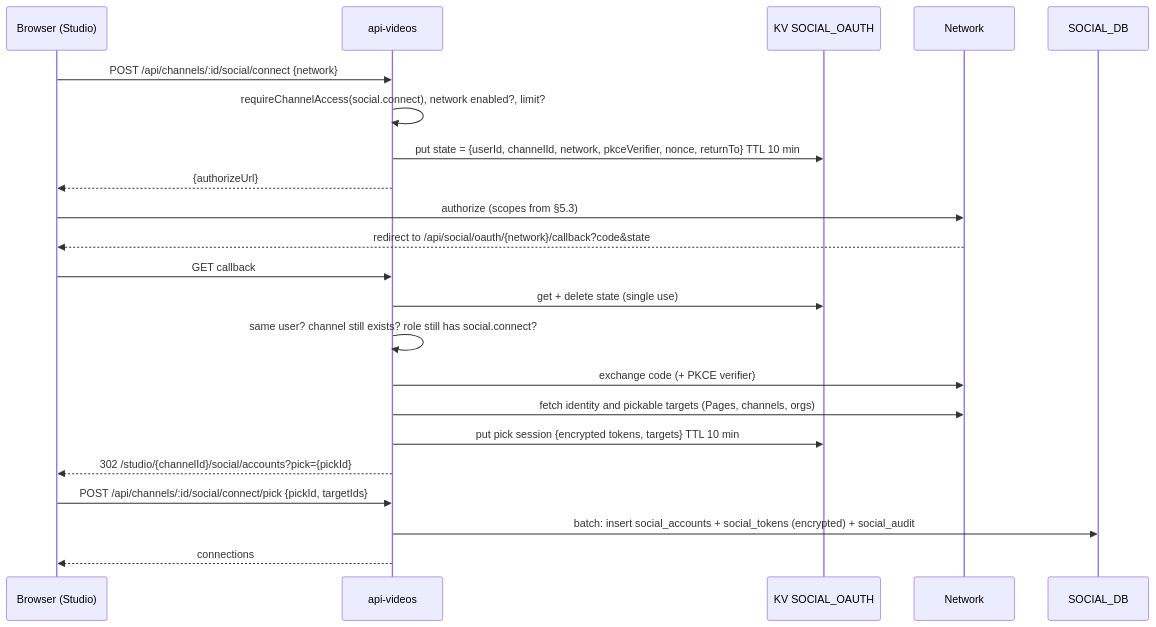
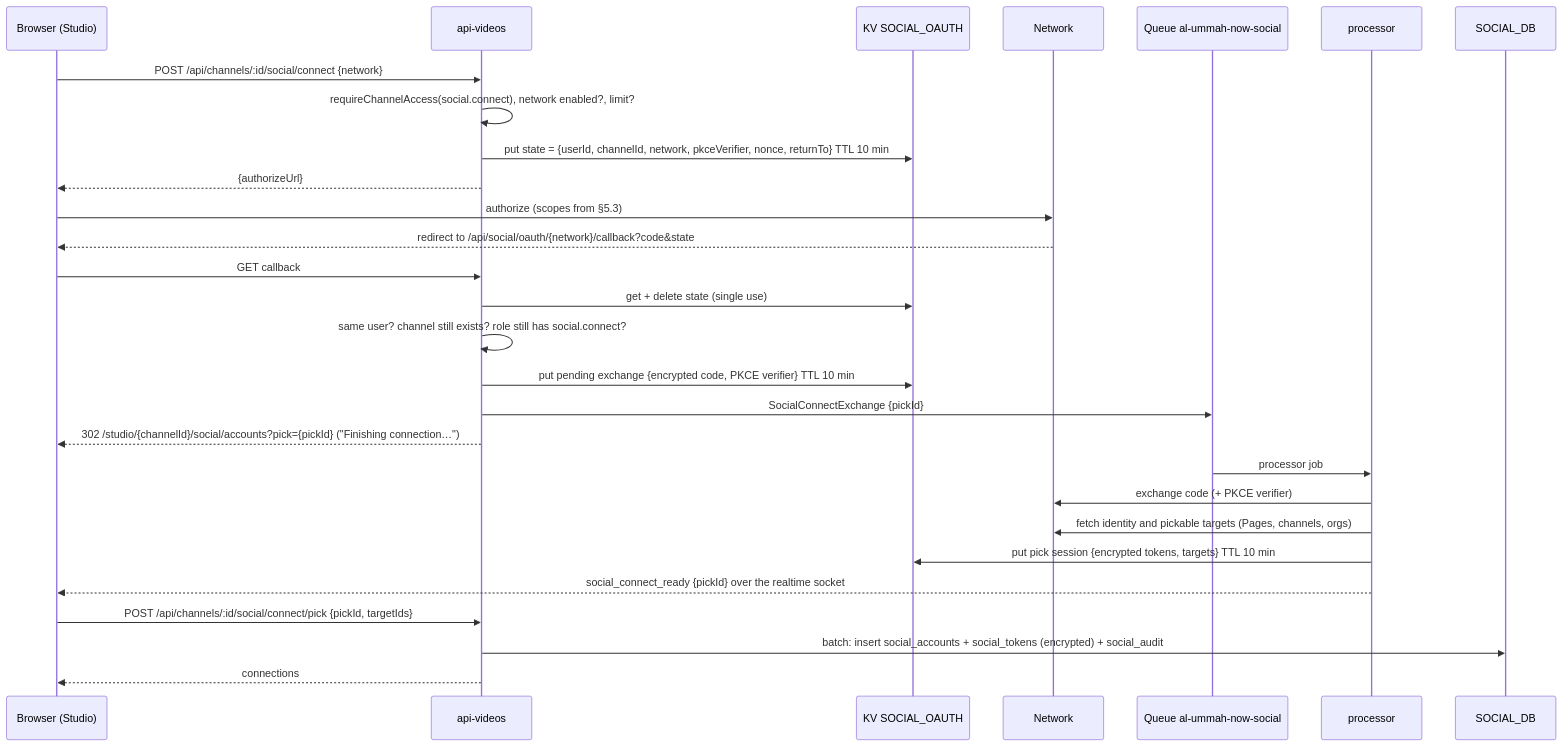
The first of 2 diagrams in docs/specs/social-media-management.md (Al-Ummah-Now/AlUmmahNow), drawn with Mermaid before and after one commit. The commit also changed other lines of this file, not shown here.

First line of the commit message:
docs(specs): every social operation is a queued, retried job that flags admin

````diff
--- a/docs/specs/social-media-management.md
+++ b/docs/specs/social-media-management.md
@@ -232,24 +232,30 @@
 ```mermaid
 sequenceDiagram
   participant B as Browser (Studio)
   participant A as api-videos
   participant K as KV SOCIAL_OAUTH
   participant N as Network
+  participant Q as Queue al-ummah-now-social
+  participant P as processor
   participant D as SOCIAL_DB
   B->>A: POST /api/channels/:id/social/connect {network}
   A->>A: requireChannelAccess(social.connect), network enabled?, limit?
   A->>K: put state = {userId, channelId, network, pkceVerifier, nonce, returnTo} TTL 10 min
   A-->>B: {authorizeUrl}
   B->>N: authorize (scopes from §5.3)
   N-->>B: redirect to /api/social/oauth/{network}/callback?code&state
   B->>A: GET callback
   A->>K: get + delete state (single use)
   A->>A: same user? channel still exists? role still has social.connect?
-  A->>N: exchange code (+ PKCE verifier)
-  A->>N: fetch identity and pickable targets (Pages, channels, orgs)
-  A->>K: put pick session {encrypted tokens, targets} TTL 10 min
-  A-->>B: 302 /studio/{channelId}/social/accounts?pick={pickId}
+  A->>K: put pending exchange {encrypted code, PKCE verifier} TTL 10 min
+  A->>Q: SocialConnectExchange {pickId}
+  A-->>B: 302 /studio/{channelId}/social/accounts?pick={pickId} ("Finishing connection…")
+  Q->>P: processor job
+  P->>N: exchange code (+ PKCE verifier)
+  P->>N: fetch identity and pickable targets (Pages, channels, orgs)
+  P->>K: put pick session {encrypted tokens, targets} TTL 10 min
+  P-->>B: social_connect_ready {pickId} over the realtime socket
   B->>A: POST /api/channels/:id/social/connect/pick {pickId, targetIds}
   A->>D: batch: insert social_accounts + social_tokens (encrypted) + social_audit
   A-->>B: connections
 ```
````
